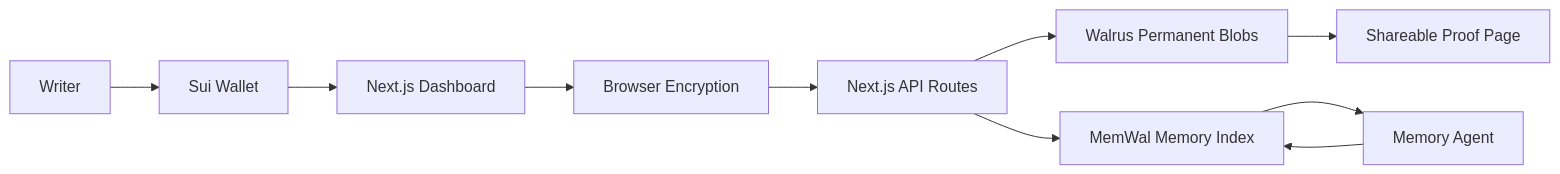
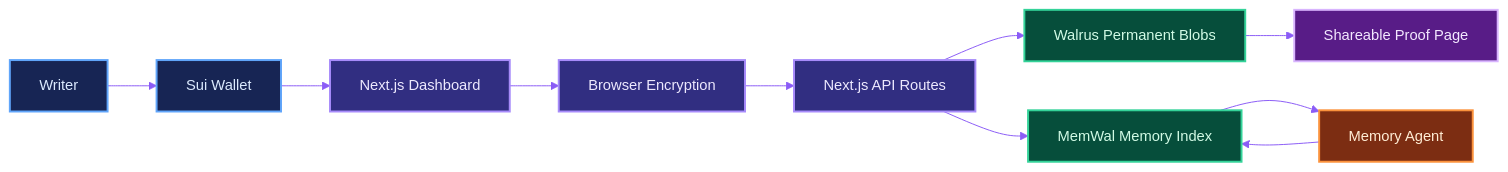
The first of 3 diagrams in README.md (SumitRaikwar18/Provenance), drawn with Mermaid before and after one commit. The commit also changed other lines of this file, not shown here.

Commit message:
docs: add colorful diagrams and ecosystem links

````diff
--- a/README.md
+++ b/README.md
@@ -37,12 +37,25 @@
 ```mermaid
+%%{init: {"theme": "base", "themeVariables": {"background": "#0b1020", "primaryColor": "#102a43", "primaryTextColor": "#e0f2fe", "primaryBorderColor": "#38bdf8", "secondaryColor": "#193549", "tertiaryColor": "#14213d", "lineColor": "#8b5cf6", "fontFamily": "Inter, Arial", "fontSize": "15px"}}}%%
 flowchart LR
   Writer["Writer"] --> Wallet["Sui Wallet"]
   Wallet --> UI["Next.js Dashboard"]
   UI --> Encrypt["Browser Encryption"]
   Encrypt --> API["Next.js API Routes"]
   API --> Walrus["Walrus Permanent Blobs"]
   API --> MemWal["MemWal Memory Index"]
   MemWal --> Agent["Memory Agent"]
   Walrus --> Proof["Shareable Proof Page"]
   Agent --> MemWal
+
+  classDef user fill:#172554,stroke:#60a5fa,color:#dbeafe,stroke-width:2px
+  classDef app fill:#312e81,stroke:#a78bfa,color:#ede9fe,stroke-width:2px
+  classDef storage fill:#064e3b,stroke:#34d399,color:#d1fae5,stroke-width:2px
+  classDef agent fill:#7c2d12,stroke:#fb923c,color:#ffedd5,stroke-width:2px
+  classDef proof fill:#581c87,stroke:#d8b4fe,color:#f3e8ff,stroke-width:2px
+
+  class Writer,Wallet user
+  class UI,Encrypt,API app
+  class Walrus,MemWal storage
+  class Agent agent
+  class Proof proof
 ```
````
